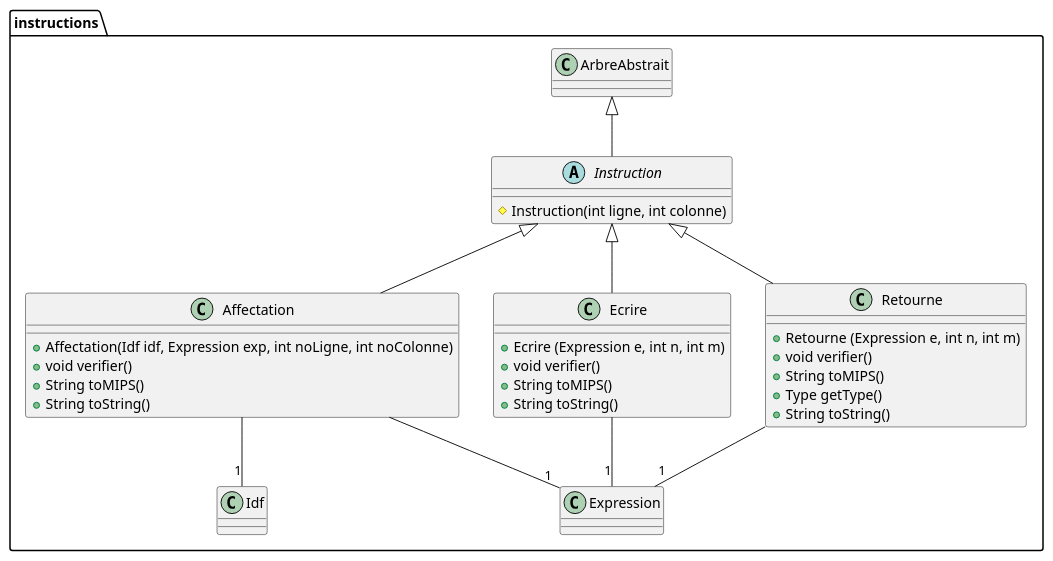
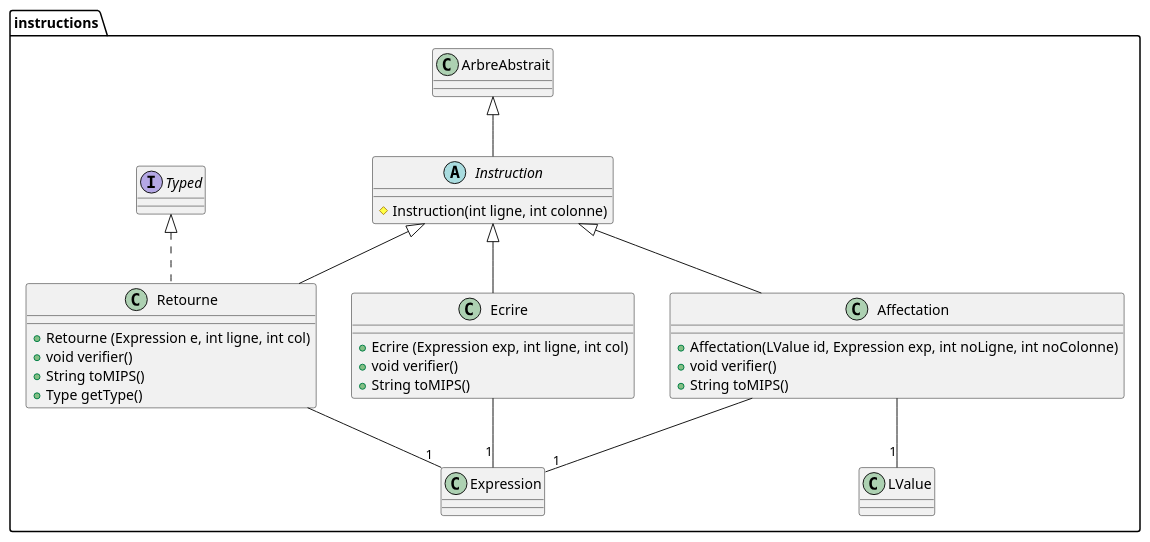
One commit to wehddn/L3-Compilation-Projet changed the diagram in src/Diagrammes/arbre.instructions.puml. Above: the diagram before and after it, drawn with PlantUML. The commit also changed 8 other files, not shown here.

Commit message:
Mise à jour du diagramme de classe

```diff
--- a/src/Diagrammes/arbre.instructions.puml
+++ b/src/Diagrammes/arbre.instructions.puml
@@ -1,36 +1,32 @@
 @startuml
 package instructions {
 
 	class Affectation extends Instruction {
-		+ Affectation(Idf idf, Expression exp, int noLigne, int noColonne)
+		+ Affectation(LValue id, Expression exp, int noLigne, int noColonne)
 		+ void verifier()
 		+ String toMIPS()
-		+ String toString()
 	}
 
-	Affectation --"1" Idf
+	Affectation --"1" LValue
 	Affectation --"1" Expression
 
 	class Ecrire extends Instruction{
-		+ Ecrire (Expression e, int n, int m)
+		+ Ecrire (Expression exp, int ligne, int col)
 		+ void verifier()
 		+ String toMIPS()
-		+ String toString()
 	}
 	Ecrire --"1" Expression
 
 	abstract class Instruction extends ArbreAbstrait{
 		# Instruction(int ligne, int colonne)
 	}
 
-	class Retourne extends Instruction{
-		+ Retourne (Expression e, int n, int m)
+	class Retourne extends Instruction implements Typed{
+		+ Retourne (Expression e, int ligne, int col)
 		+ void verifier()
 		+ String toMIPS()
 		+ Type getType()
-		+ String toString()
 	}
-
 	Retourne --"1" Expression
 }
 @enduml
```
